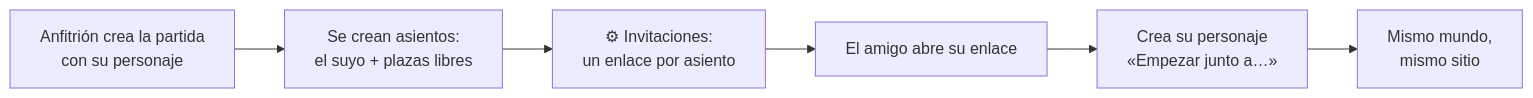
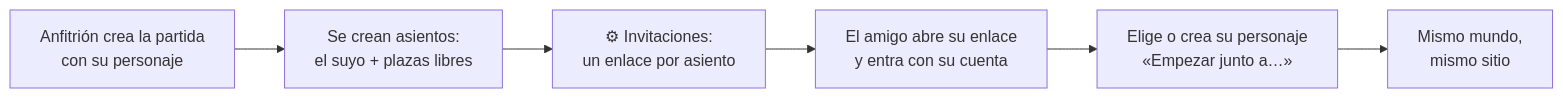
The diagram in wiki/Diseño de juego/Multijugador.md (aizetachan/Tavernus), drawn with Mermaid before and after one commit. The commit also changed other lines of this file and 37 other files, not shown here.

````diff
--- a/wiki/Diseño de juego/Multijugador.md
+++ b/wiki/Diseño de juego/Multijugador.md
@@ -11,8 +18,8 @@
 ```mermaid
 flowchart LR
   A["Anfitrión crea la partida<br/>con su personaje"] --> S["Se crean asientos:<br/>el suyo + plazas libres"]
   S --> I["⚙ Invitaciones:<br/>un enlace por asiento"]
-  I --> F["El amigo abre su enlace"]
-  F --> P["Crea su personaje<br/>«Empezar junto a…»"]
+  I --> F["El amigo abre su enlace<br/>y entra con su cuenta"]
+  F --> P["Elige o crea su personaje<br/>«Empezar junto a…»"]
   P --> J["Mismo mundo,<br/>mismo sitio"]
 ```
````
